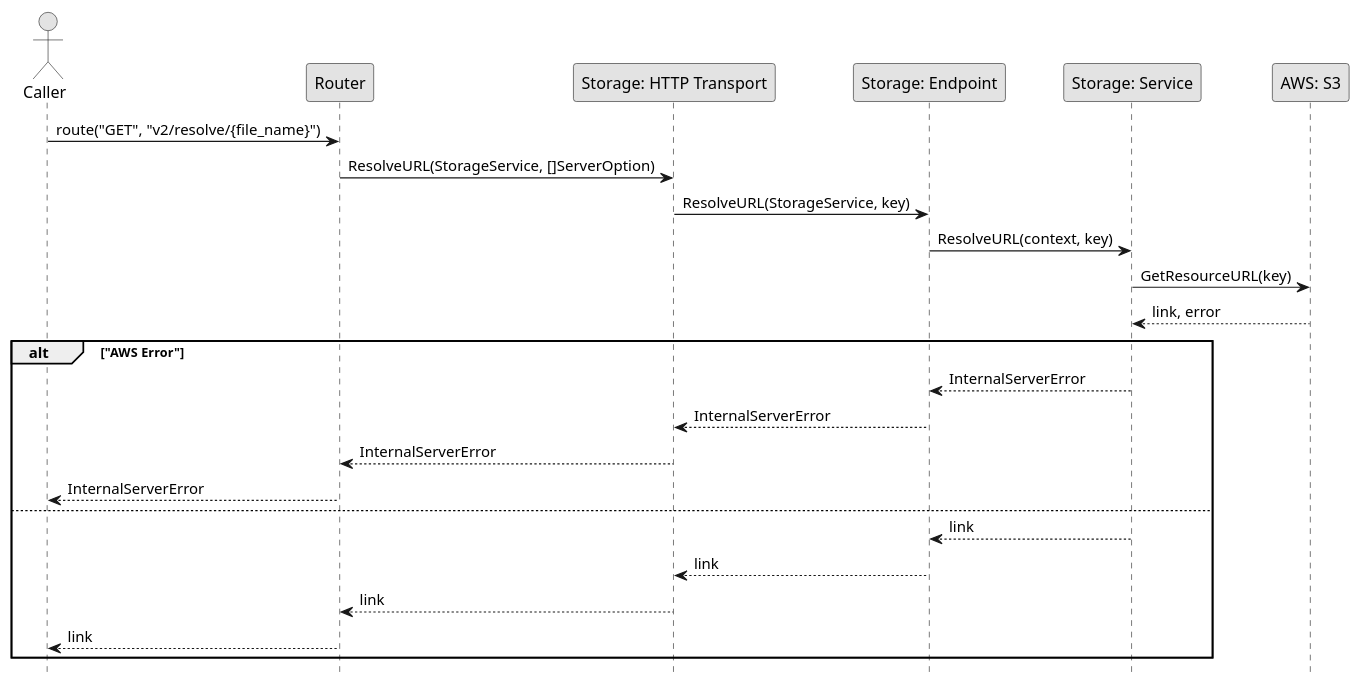
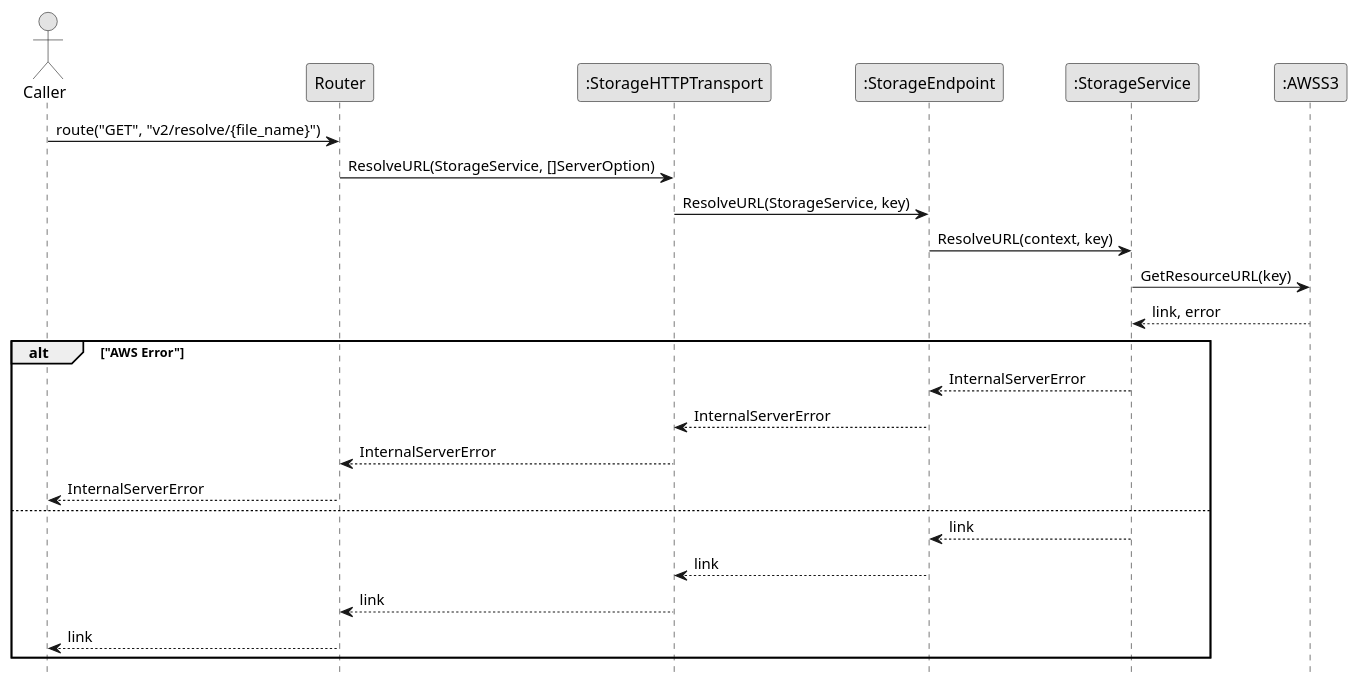
The diagram in Sequence/Release01/Resolve.wsd (fwidjaya20/fazzlearning-uml), drawn with PlantUML before and after one commit. The commit also changed 108 other files, not shown here.

Commit message:
fix(diagram): change participant format name (#30)

```diff
--- a/Sequence/Release01/Resolve.wsd
+++ b/Sequence/Release01/Resolve.wsd
@@ -1,33 +1,33 @@
 @startuml Resolve
 
 skinparam Monochrome true
 skinparam Shadowing false
 hide footbox
 
 actor Caller
 participant "Router" as Router
-participant "Storage: HTTP Transport" as StorageHTTPTransport
-participant "Storage: Endpoint" as StorageEndpoint
-participant "Storage: Service" as StorageService
-participant "AWS: S3" as AWSS3
+participant ":StorageHTTPTransport" as StorageHTTPTransport
+participant ":StorageEndpoint" as StorageEndpoint
+participant ":StorageService" as StorageService
+participant ":AWSS3" as AWSS3
 
 Caller->Router: route("GET", "v2/resolve/{file_name}")
 Router->StorageHTTPTransport: ResolveURL(StorageService, []ServerOption)
 StorageHTTPTransport->StorageEndpoint: ResolveURL(StorageService, key)
 StorageEndpoint->StorageService: ResolveURL(context, key)
 StorageService->AWSS3: GetResourceURL(key)
 AWSS3-->StorageService: link, error
 
 alt "AWS Error"
     StorageService-->StorageEndpoint: InternalServerError
     StorageEndpoint-->StorageHTTPTransport: InternalServerError
     StorageHTTPTransport-->Router: InternalServerError
     Router-->Caller: InternalServerError
 else
     StorageService-->StorageEndpoint: link
     StorageEndpoint-->StorageHTTPTransport: link
     StorageHTTPTransport-->Router: link
     Router-->Caller: link
 end
 
 @enduml
```
